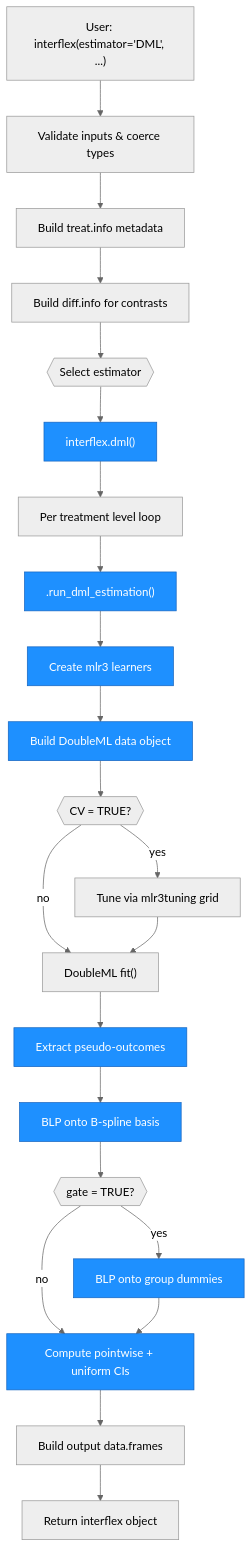
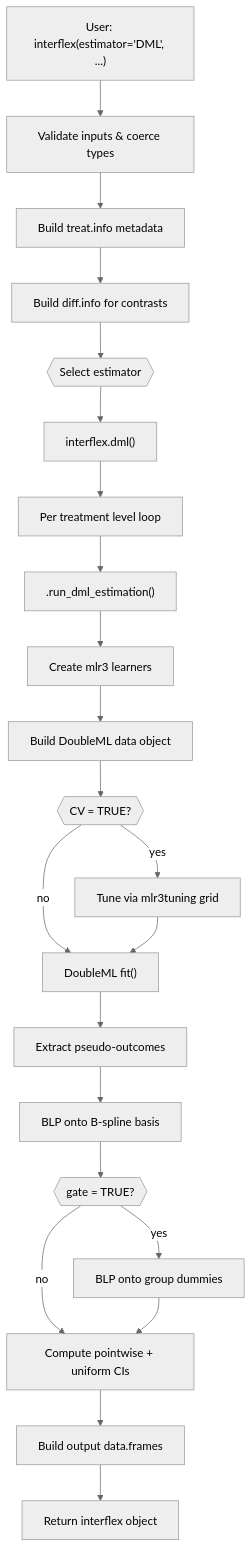
The fourth of 4 diagrams in architecture.md (xuyiqing/interflex), drawn with Mermaid before and after one commit. The commit also changed other lines of this file and 22 other files, not shown here.

````diff
--- a/architecture.md
+++ b/architecture.md
@@ -248,36 +237,28 @@
 ```mermaid
 %%{init: {'theme': 'neutral'}}%%
 graph TD
     INPUT["User: interflex(estimator='DML', ...)"]
     INPUT --> VALIDATE["Validate inputs & coerce types"]
     VALIDATE --> TREAT["Build treat.info metadata"]
     TREAT --> DIFF["Build diff.info for contrasts"]
     DIFF --> ROUTE{{"Select estimator"}}
 
     ROUTE --> DMLENTRY["interflex.dml()"]
     DMLENTRY --> LOOP["Per treatment level loop"]
     LOOP --> RDE[".run_dml_estimation()"]
     RDE --> LEARNERS["Create mlr3 learners"]
     LEARNERS --> DMLDATA["Build DoubleML data object"]
     DMLDATA --> TUNE{{"CV = TRUE?"}}
     TUNE -- yes --> TUNING["Tune via mlr3tuning grid"]
     TUNE -- no --> FIT["DoubleML fit()"]
     TUNING --> FIT
     FIT --> PSI["Extract pseudo-outcomes"]
     PSI --> CATE["BLP onto B-spline basis"]
     CATE --> GATE{{"gate = TRUE?"}}
     GATE -- yes --> GATECALC["BLP onto group dummies"]
     GATE -- no --> CI["Compute pointwise + uniform CIs"]
     GATECALC --> CI
     CI --> BUILDOUT["Build output data.frames"]
     BUILDOUT --> RETURN["Return interflex object"]
 
-    style DMLENTRY fill:#1e90ff,stroke:#1565c0,color:#fff
-    style RDE fill:#1e90ff,stroke:#1565c0,color:#fff
-    style LEARNERS fill:#1e90ff,stroke:#1565c0,color:#fff
-    style DMLDATA fill:#1e90ff,stroke:#1565c0,color:#fff
-    style PSI fill:#1e90ff,stroke:#1565c0,color:#fff
-    style CATE fill:#1e90ff,stroke:#1565c0,color:#fff
-    style GATECALC fill:#1e90ff,stroke:#1565c0,color:#fff
-    style CI fill:#1e90ff,stroke:#1565c0,color:#fff
 ```
````
